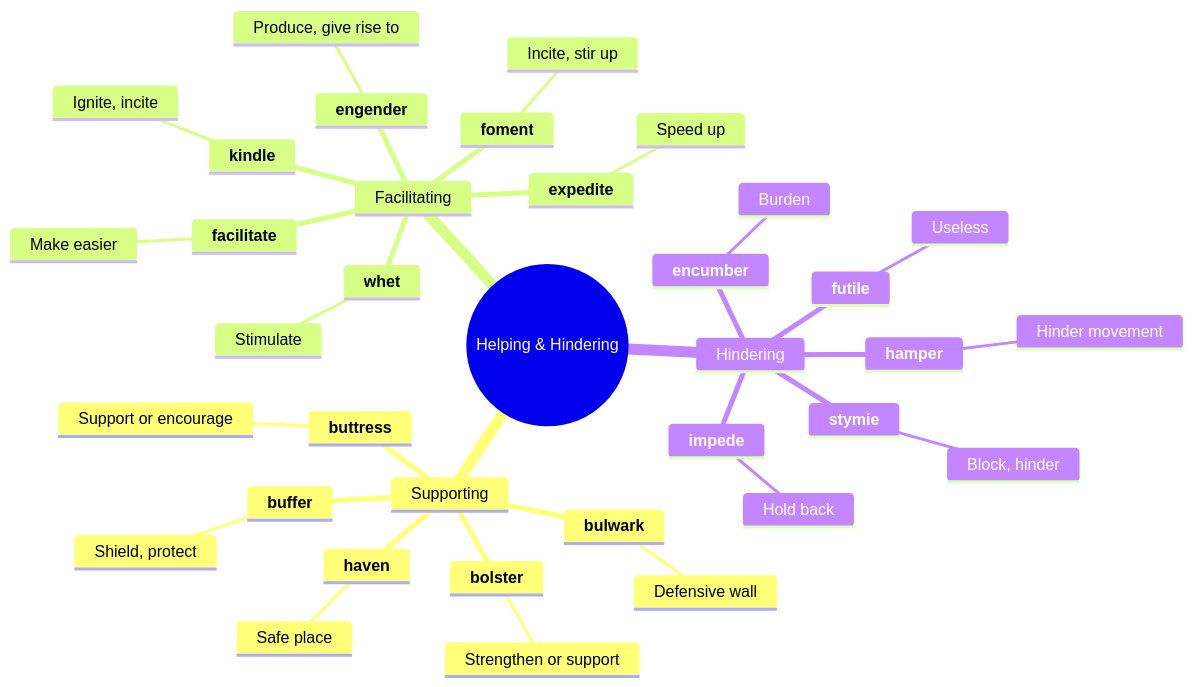
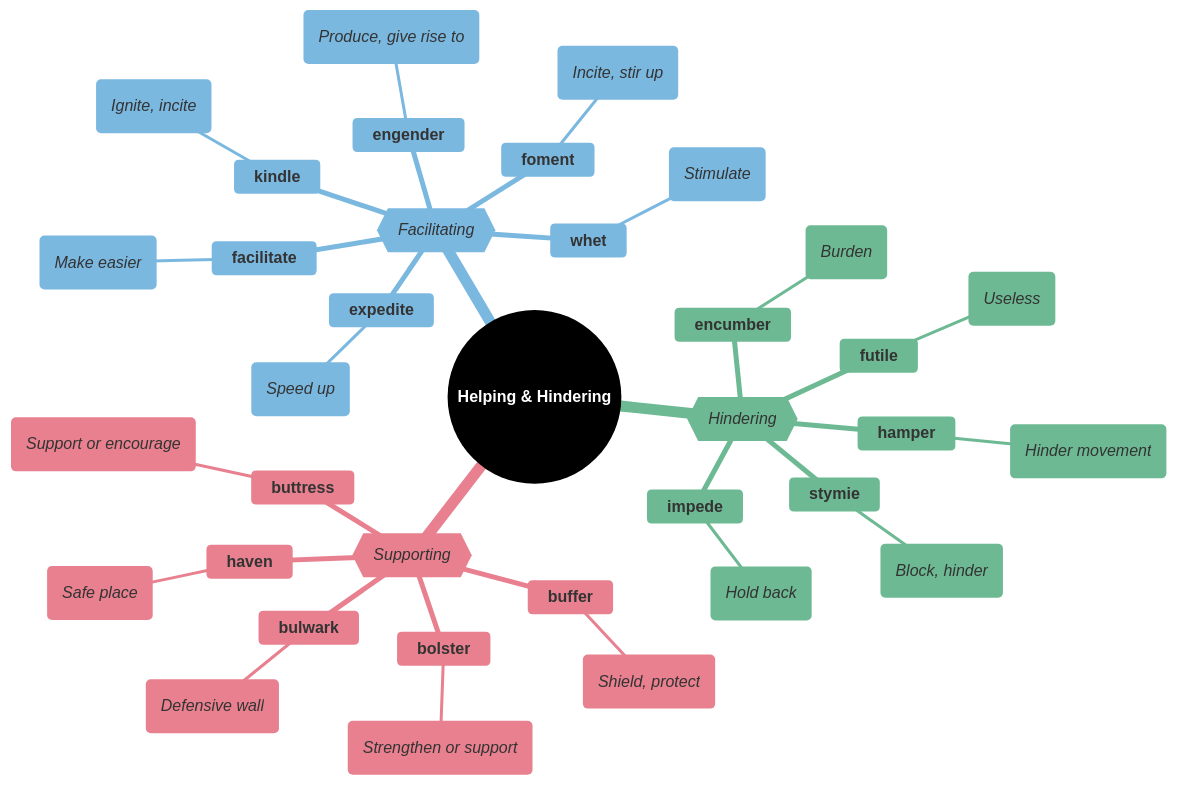
The second of 8 diagrams in mindmaps/19-connections-and-relationships.md (95anantsingh/gre-preparation), drawn with Mermaid before and after one commit. The commit also changed other lines of this file and 14 other files, not shown here.

````diff
--- a/mindmaps/19-connections-and-relationships.md
+++ b/mindmaps/19-connections-and-relationships.md
@@ -114,39 +133,58 @@
 ```mermaid
+%%{
+  init: {
+    "theme": "base",
+    "themeVariables": {
+      "primaryColor": "#000000",
+      "cScale1": "#e8808f",  "cScaleInv1": "#a33445",
+      "cScale2": "#7bb8e0",  "cScaleInv2": "#266a93",
+      "cScale3": "#6db993",  "cScaleInv3": "#23543f",
+      "cScale4": "#f5d07a",  "cScaleInv4": "#c4903b",
+      "cScale5": "#b08fcc",  "cScaleInv5": "#5d3b75",
+      "cScale6": "#74dace",  "cScaleInv6": "#217d72",
+      "cScale7": "#f09570",  "cScaleInv7": "#b84112",
+      "cScale8": "#8ea8c2",  "cScaleInv8": "#32465e",
+      "cScale9": "#cc7fba",  "cScaleInv9": "#7d2868",
+      "cScale10": "#c99a78", "cScaleInv10": "#7c4e32",
+      "cScale11": "#a3a3a3", "cScaleInv11": "#3d3d3d"
+    }
+  }
+}%%
 mindmap
-  root((Helping & Hindering))
-    Supporting
+  root((<font color=white>**Helping & Hindering**</font>))
+    {{_Supporting_}}
       **bolster**
-        Strengthen or support
+        (_Strengthen or support_)
       **buttress**
-        Support or encourage
+        (_Support or encourage_)
       **buffer**
-        Shield, protect
+        (_Shield, protect_)
       **haven**
-        Safe place
+        (_Safe place_)
       **bulwark**
-        Defensive wall
-    Facilitating
+        (_Defensive wall_)
+    {{_Facilitating_}}
       **facilitate**
-        Make easier
+        (_Make easier_)
       **expedite**
-        Speed up
+        (_Speed up_)
       **engender**
-        Produce, give rise to
+        (_Produce, give rise to_)
       **kindle**
-        Ignite, incite
+        (_Ignite, incite_)
       **whet**
-        Stimulate
+        (_Stimulate_)
       **foment**
-        Incite, stir up
-    Hindering
+        (_Incite, stir up_)
+    {{_Hindering_}}
       **impede**
-        Hold back
+        (_Hold back_)
       **stymie**
-        Block, hinder
+        (_Block, hinder_)
       **hamper**
-        Hinder movement
+        (_Hinder movement_)
       **encumber**
-        Burden
+        (_Burden_)
       **futile**
-        Useless
+        (_Useless_)
 ```
````
